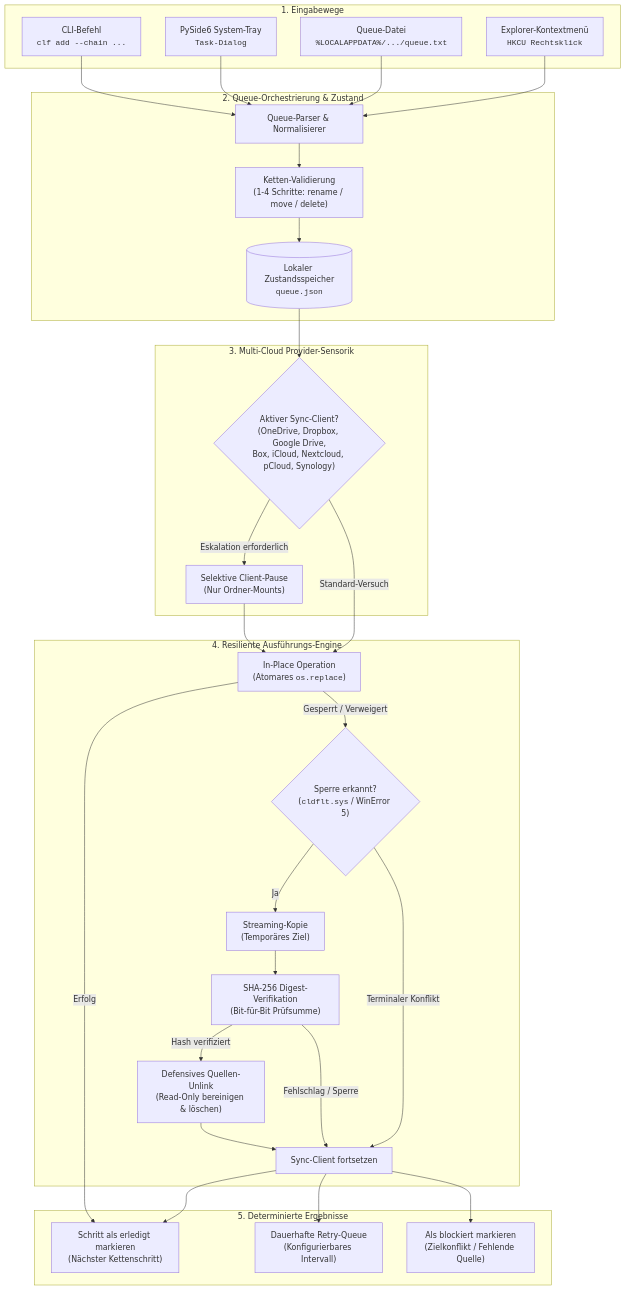
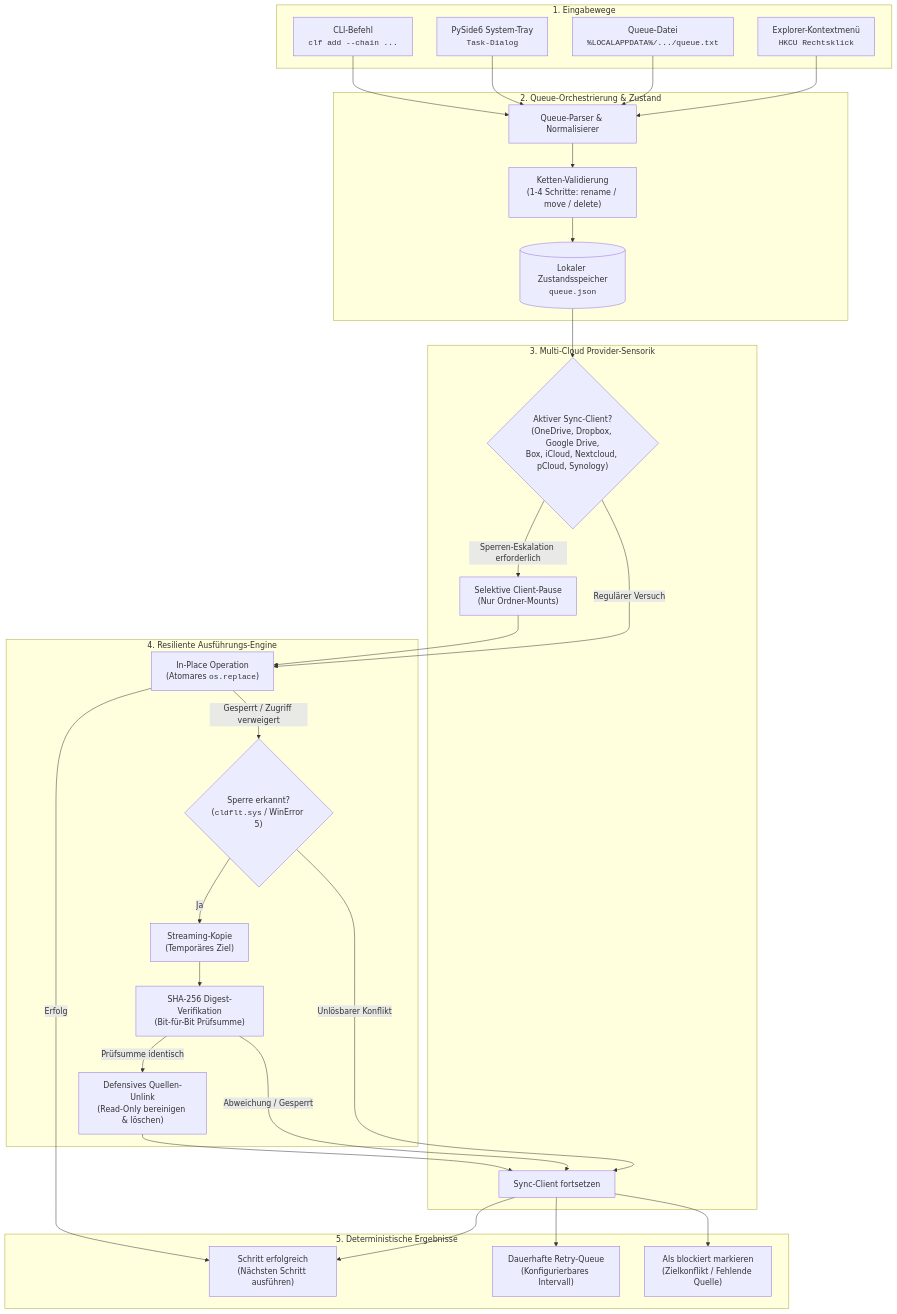
Before and after one commit to file-bricks/CloudLockFixer: the first of 2 diagrams in README.de.md, drawn with Mermaid. The commit also changed other lines of this file and 7 other files, not shown here.

Commit message:
chore(marketing): Pfad B discoverability, visual architecture, 18-point nav parity & metadata contract [G 2026-09-18]

````diff
--- a/README.de.md
+++ b/README.de.md
@@ -75,52 +157,52 @@
 ```mermaid
 flowchart TD
     subgraph Inputs["1. Eingabewege"]
         CLI["CLI-Befehl<br/><code>clf add --chain ...</code>"]
         TRAY["PySide6 System-Tray<br/><code>Task-Dialog</code>"]
         QTXT["Queue-Datei<br/><code>%LOCALAPPDATA%/.../queue.txt</code>"]
         CTX["Explorer-Kontextmenü<br/><code>HKCU Rechtsklick</code>"]
     end
 
     subgraph Core["2. Queue-Orchestrierung & Zustand"]
         PARSER["Queue-Parser & Normalisierer"]
         VAL["Ketten-Validierung<br/>(1-4 Schritte: rename / move / delete)"]
         STATE[("Lokaler Zustandsspeicher<br/><code>queue.json</code>")]
     end
 
     subgraph Sensor["3. Multi-Cloud Provider-Sensorik"]
         DETECT{"Aktiver Sync-Client?<br/>(OneDrive, Dropbox, Google Drive,<br/>Box, iCloud, Nextcloud, pCloud, Synology)"}
         PROV_PAUSE["Selektive Client-Pause<br/>(Nur Ordner-Mounts)"]
+        PROV_RESUME["Sync-Client fortsetzen"]
     end
 
     subgraph Engine["4. Resiliente Ausführungs-Engine"]
         DIRECT["In-Place Operation<br/>(Atomares <code>os.replace</code>)"]
         CHECK_LOCK{"Sperre erkannt?<br/>(<code>cldflt.sys</code> / WinError 5)"}
         COPY["Streaming-Kopie<br/>(Temporäres Ziel)"]
         HASH["SHA-256 Digest-Verifikation<br/>(Bit-für-Bit Prüfsumme)"]
         DEL["Defensives Quellen-Unlink<br/>(Read-Only bereinigen & löschen)"]
-        PROV_RESUME["Sync-Client fortsetzen"]
     end
 
-    subgraph Outcomes["5. Determinierte Ergebnisse"]
-        SUCCESS["Schritt als erledigt markieren<br/>(Nächster Kettenschritt)"]
+    subgraph Outcomes["5. Deterministische Ergebnisse"]
+        SUCCESS["Schritt erfolgreich<br/>(Nächsten Schritt ausführen)"]
         RETRY["Dauerhafte Retry-Queue<br/>(Konfigurierbares Intervall)"]
         BLOCKED["Als blockiert markieren<br/>(Zielkonflikt / Fehlende Quelle)"]
     end
 
     CLI --> PARSER
     TRAY --> PARSER
     QTXT --> PARSER
     CTX --> PARSER
 
     PARSER --> VAL --> STATE
     STATE --> DETECT
-    DETECT -- "Eskalation erforderlich" --> PROV_PAUSE --> DIRECT
-    DETECT -- "Standard-Versuch" --> DIRECT
+    DETECT -- "Sperren-Eskalation erforderlich" --> PROV_PAUSE --> DIRECT
+    DETECT -- "Regulärer Versuch" --> DIRECT
 
     DIRECT -- "Erfolg" --> SUCCESS
-    DIRECT -- "Gesperrt / Verweigert" --> CHECK_LOCK
+    DIRECT -- "Gesperrt / Zugriff verweigert" --> CHECK_LOCK
     CHECK_LOCK -- "Ja" --> COPY --> HASH
-    HASH -- "Hash verifiziert" --> DEL --> PROV_RESUME --> SUCCESS
-    HASH -- "Fehlschlag / Sperre" --> PROV_RESUME --> RETRY
-    CHECK_LOCK -- "Terminaler Konflikt" --> PROV_RESUME --> BLOCKED
+    HASH -- "Prüfsumme identisch" --> DEL --> PROV_RESUME --> SUCCESS
+    HASH -- "Abweichung / Gesperrt" --> PROV_RESUME --> RETRY
+    CHECK_LOCK -- "Unlösbarer Konflikt" --> PROV_RESUME --> BLOCKED
 ```
````
